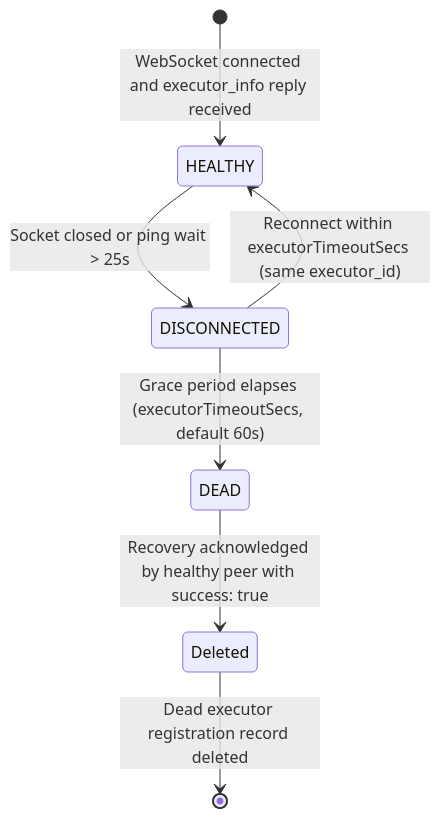
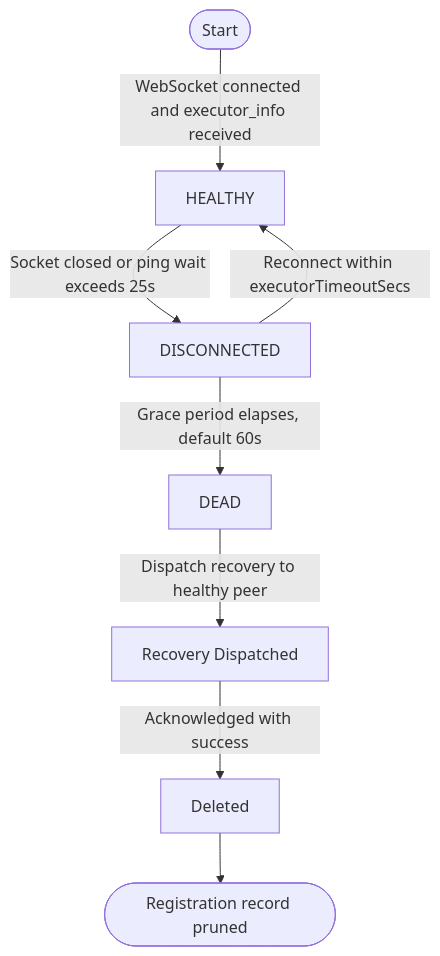
Before and after one commit to abn/dbos-relay: the diagram in docs/discovery/recovery-params.md, drawn with Mermaid. The commit also changed 4 other files, not shown here.

Commit message:
feat(site): collapsible docs sidebar and dynamic mermaid rendering

````diff
--- a/docs/discovery/recovery-params.md
+++ b/docs/discovery/recovery-params.md
@@ -120,9 +120,10 @@
 ```mermaid
-stateDiagram-v2
-    [*] --> HEALTHY: WebSocket connected and executor_info reply received
-    HEALTHY --> DISCONNECTED: Socket closed or ping wait > 25s
-    DISCONNECTED --> HEALTHY: Reconnect within executorTimeoutSecs (same executor_id)
-    DISCONNECTED --> DEAD: Grace period elapses (executorTimeoutSecs, default 60s)
-    DEAD --> Deleted: Recovery acknowledged by healthy peer with success: true
-    Deleted --> [*]: Dead executor registration record deleted
+flowchart TD
+    START(["Start"]) -->|WebSocket connected and executor_info received| HEALTHY["HEALTHY"]
+    HEALTHY -->|Socket closed or ping wait exceeds 25s| DISCONNECTED["DISCONNECTED"]
+    DISCONNECTED -->|Reconnect within executorTimeoutSecs| HEALTHY
+    DISCONNECTED -->|Grace period elapses, default 60s| DEAD["DEAD"]
+    DEAD -->|Dispatch recovery to healthy peer| RECOVERY["Recovery Dispatched"]
+    RECOVERY -->|Acknowledged with success| DELETED["Deleted"]
+    DELETED --> PRUNED(["Registration record pruned"])
 ```
````
